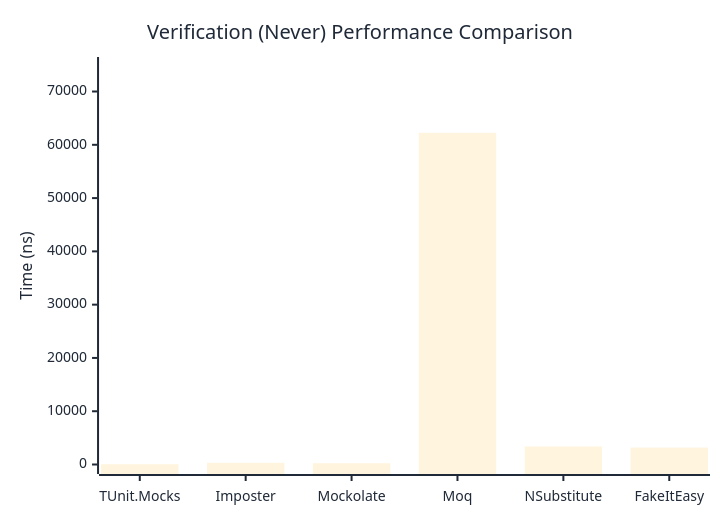
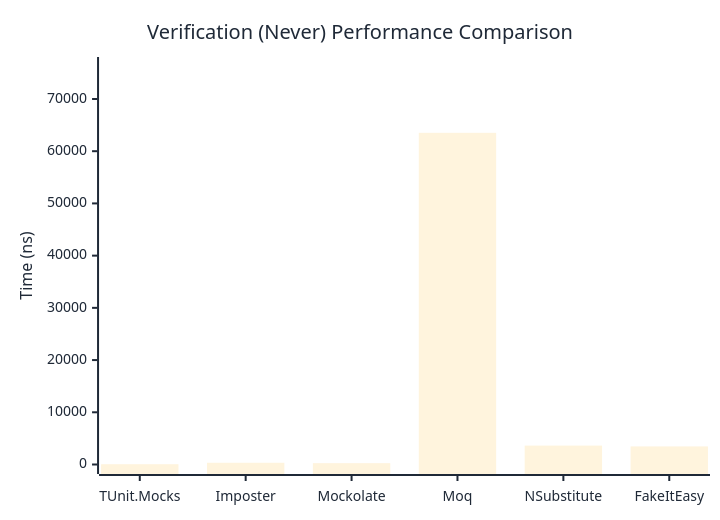
The second of 3 diagrams in docs/docs/benchmarks/mocks/Verification.md (thomhurst/TUnit), drawn with Mermaid before and after one commit. The commit also changed other lines of this file and 14 other files, not shown here.

````diff
--- a/docs/docs/benchmarks/mocks/Verification.md
+++ b/docs/docs/benchmarks/mocks/Verification.md
@@ -69,27 +69,27 @@
 ```mermaid
 %%{init: {
   'theme':'base',
   'themeVariables': {
     'primaryColor': '#2563eb',
     'primaryTextColor': '#1f2937',
     'primaryBorderColor': '#1e40af',
     'lineColor': '#6b7280',
     'secondaryColor': '#7c3aed',
     'tertiaryColor': '#dc2626',
     'background': '#ffffff',
     'pie1': '#2563eb',
     'pie2': '#7c3aed',
     'pie3': '#dc2626',
     'pie4': '#f59e0b',
     'pie5': '#10b981',
     'pie6': '#06b6d4',
     'pie7': '#ec4899',
     'pie8': '#6366f1'
   }
 }}%%
 xychart-beta
   title "Verification (Never) Performance Comparison"
   x-axis ["TUnit.Mocks", "Imposter", "Mockolate", "Moq", "NSubstitute", "FakeItEasy"]
-  y-axis "Time (ns)" 0 --> 74697
-  bar [51.21, 319.2, 241.86, 62247.47, 3379.45, 3176.04]
+  y-axis "Time (ns)" 0 --> 76220
+  bar [52.12, 332.99, 255.87, 63516.56, 3619.76, 3462.95]
 ```
````
